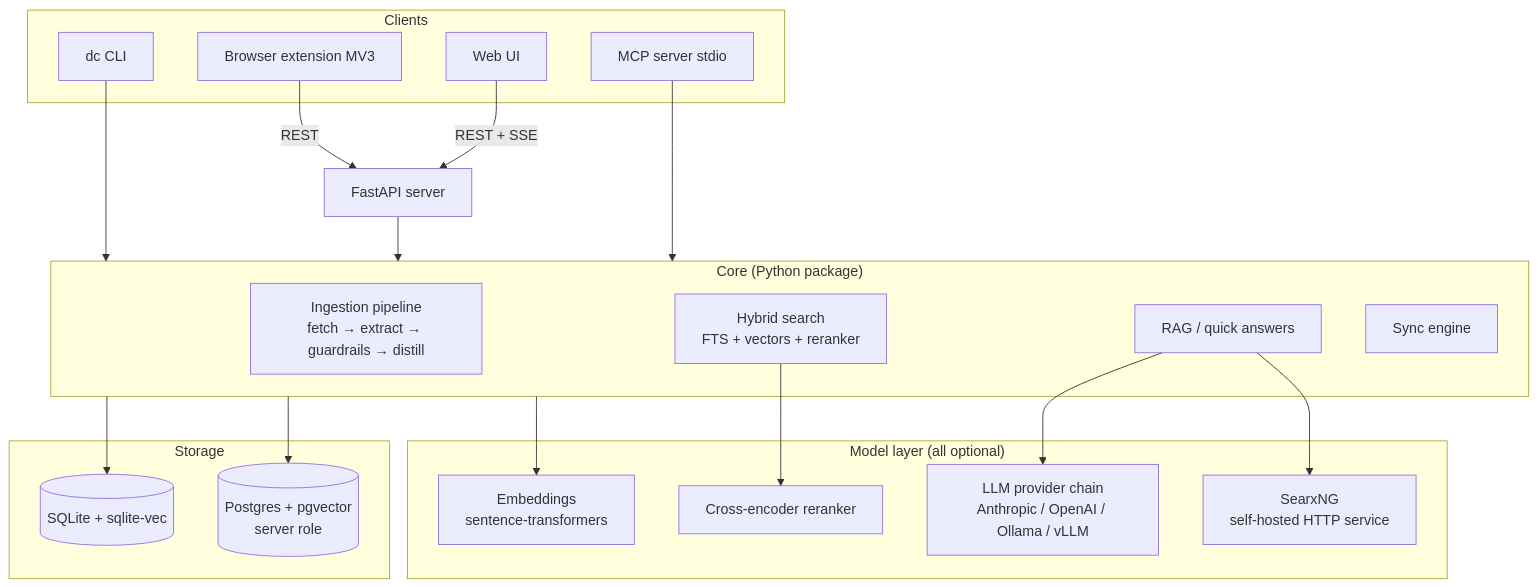
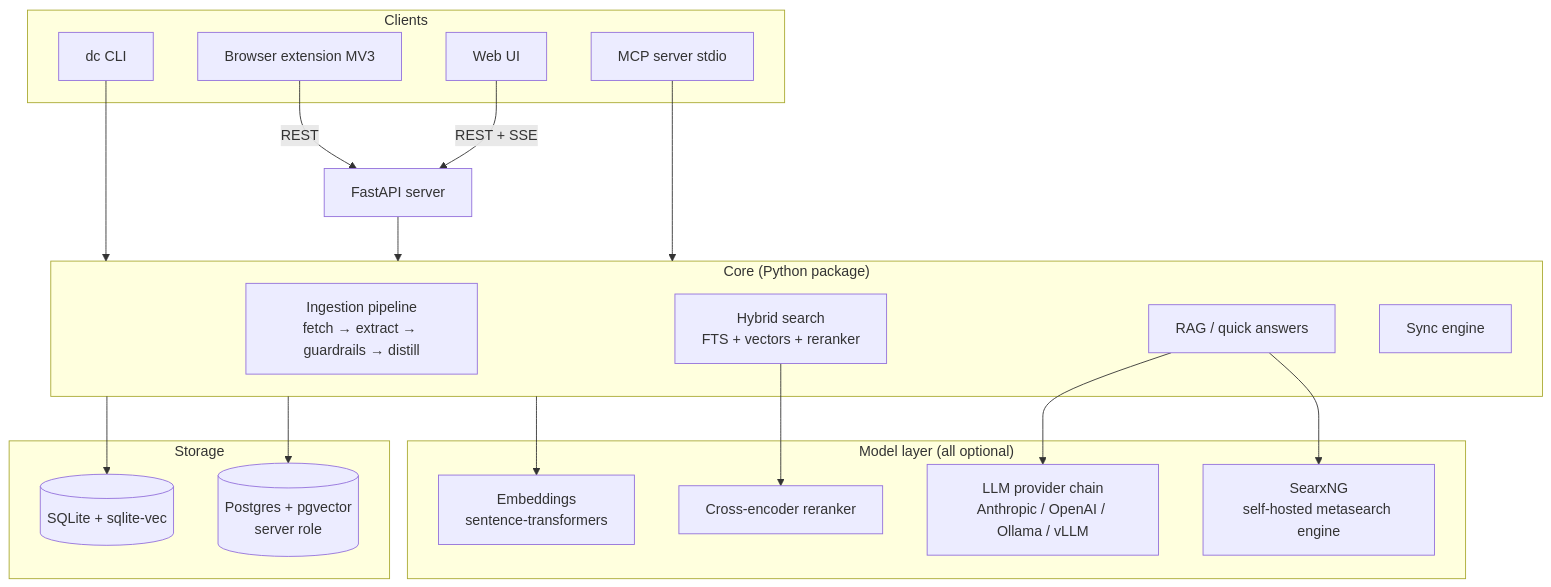
Before and after one commit to ManojCyberMaster/dronacharya: the first of 3 diagrams in ARCHITECTURE.md, drawn with Mermaid. The commit also changed other lines of this file and 1 other file, not shown here.

Commit message:
Docs: SearxNG is a self-hosted metasearch engine; clarify searx_url lives in DronaCharya's config, not settings.yml

````diff
--- a/ARCHITECTURE.md
+++ b/ARCHITECTURE.md
@@ -32,36 +33,36 @@
 ```mermaid
 graph TB
     subgraph Clients
         CLI[dc CLI]
         EXT[Browser extension MV3]
         WEB[Web UI]
         MCP[MCP server stdio]
     end
     subgraph Core["Core (Python package)"]
         ING[Ingestion pipeline<br/>fetch → extract → guardrails → distill]
         SRCH[Hybrid search<br/>FTS + vectors + reranker]
         RAG[RAG / quick answers]
         SYNC[Sync engine]
     end
     subgraph Storage
         SQL[(SQLite + sqlite-vec)]
         PG[(Postgres + pgvector<br/>server role)]
     end
     subgraph Models["Model layer (all optional)"]
         EMB[Embeddings<br/>sentence-transformers]
         RER[Cross-encoder reranker]
         LLM[LLM provider chain<br/>Anthropic / OpenAI / Ollama / vLLM]
-        SX[SearxNG<br/>self-hosted HTTP service]
+        SX[SearxNG<br/>self-hosted metasearch engine]
     end
     CLI --> Core
     EXT -->|REST| SRV[FastAPI server]
     WEB -->|REST + SSE| SRV
     MCP --> Core
     SRV --> Core
     Core --> SQL
     Core --> PG
     Core --> EMB
     SRCH --> RER
     RAG --> LLM
     RAG --> SX
 ```
````
